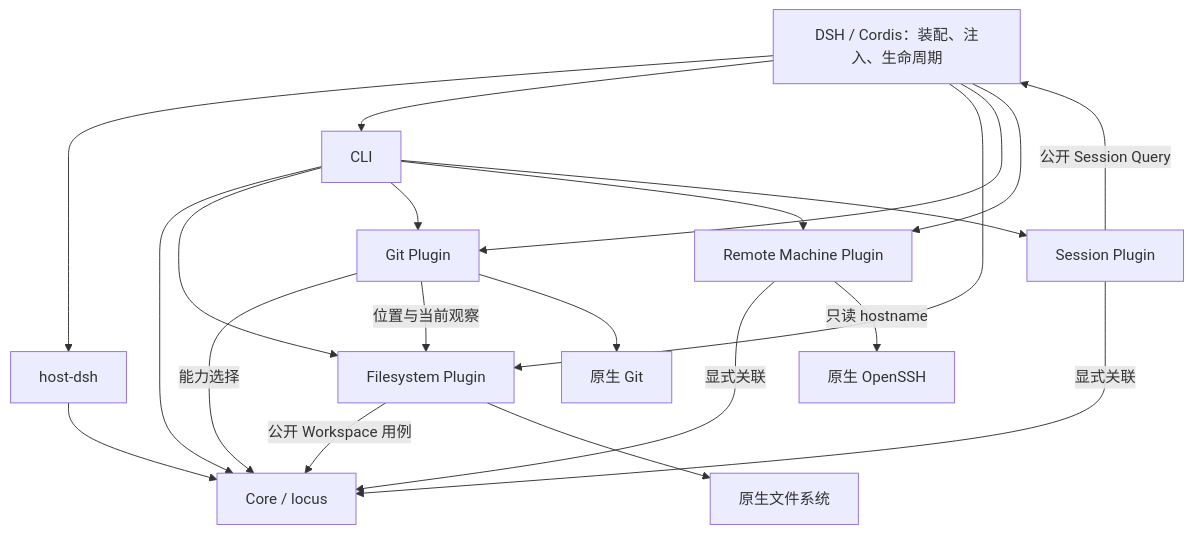
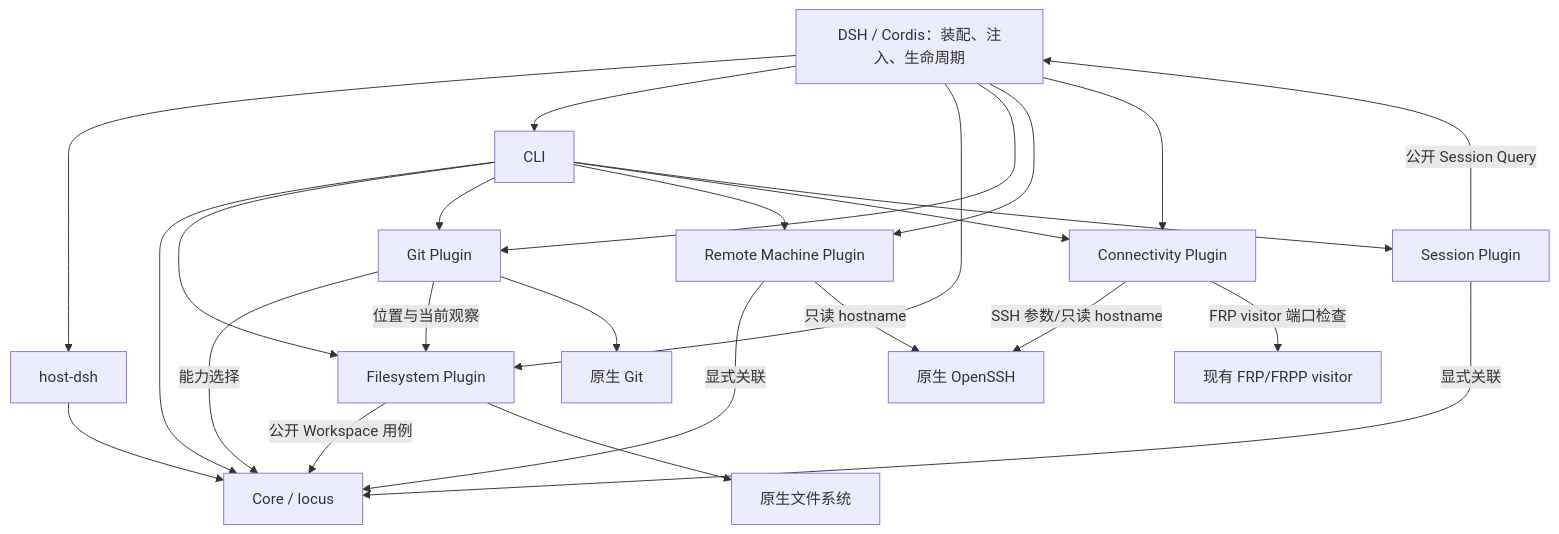
One commit to SWdrift/locus-workspace changed the diagram in docs/architecture.md. Above: the diagram before and after it, drawn with Mermaid. The commit also changed other lines of this file and 26 other files, not shown here.

Commit message:
feat: 交付 SSH/FRP Connectivity 能力切片

````diff
--- a/docs/architecture.md
+++ b/docs/architecture.md
@@ -27,23 +28,27 @@
 ```mermaid
 flowchart TD
     DSH["DSH / Cordis：装配、注入、生命周期"] --> Host["host-dsh"]
     DSH --> CLI["CLI"]
     DSH --> FS["Filesystem Plugin"]
     DSH --> Git["Git Plugin"]
     DSH --> Machine["Remote Machine Plugin"]
+    DSH --> Connectivity["Connectivity Plugin"]
     Host --> Core["Core / locus"]
     CLI --> Core
     CLI --> FS
     CLI --> Git
     CLI --> Machine
+    CLI --> Connectivity
     CLI --> Session["Session Plugin"]
     Machine -->|"显式关联"| Core
     Machine -->|"只读 hostname"| SSH["原生 OpenSSH"]
+    Connectivity -->|"SSH 参数/只读 hostname"| SSH
+    Connectivity -->|"FRP visitor 端口检查"| Visitor["现有 FRP/FRPP visitor"]
     Session -->|"公开 Session Query"| DSH
     Session -->|"显式关联"| Core
     FS -->|"公开 Workspace 用例"| Core
     Git -->|"能力选择"| Core
     Git -->|"位置与当前观察"| FS
     FS --> Files["原生文件系统"]
     Git --> NativeGit["原生 Git"]
 ```
````
